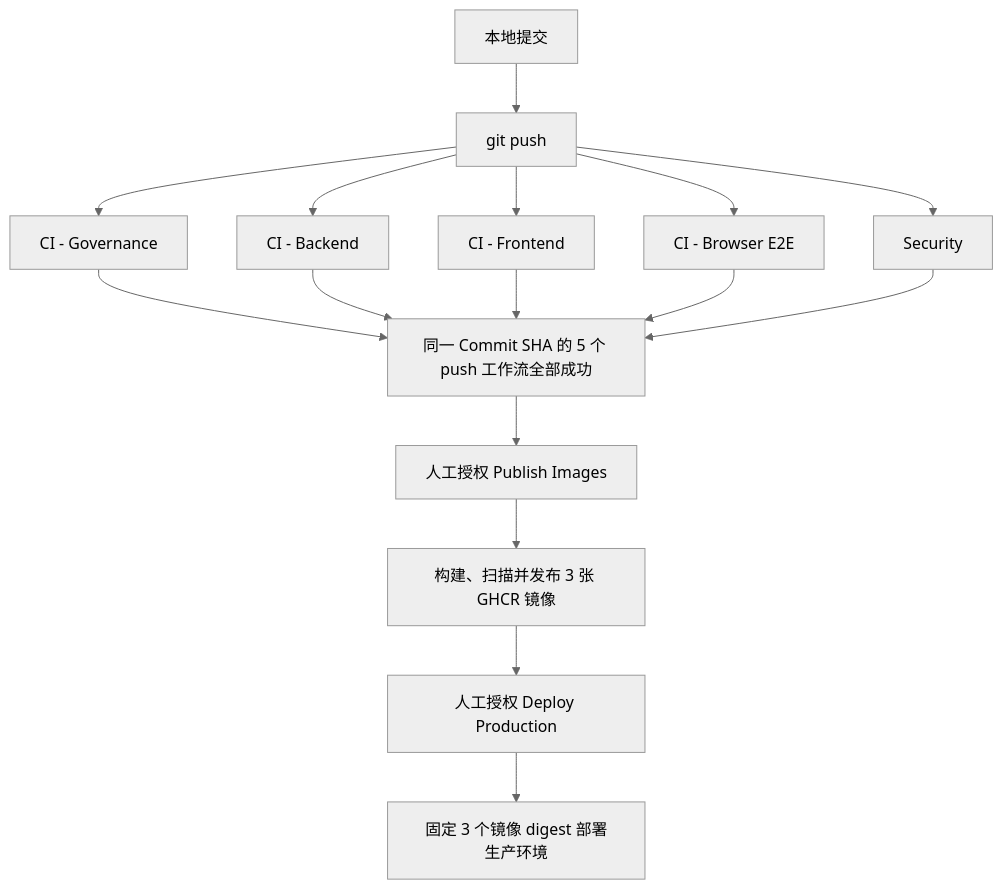
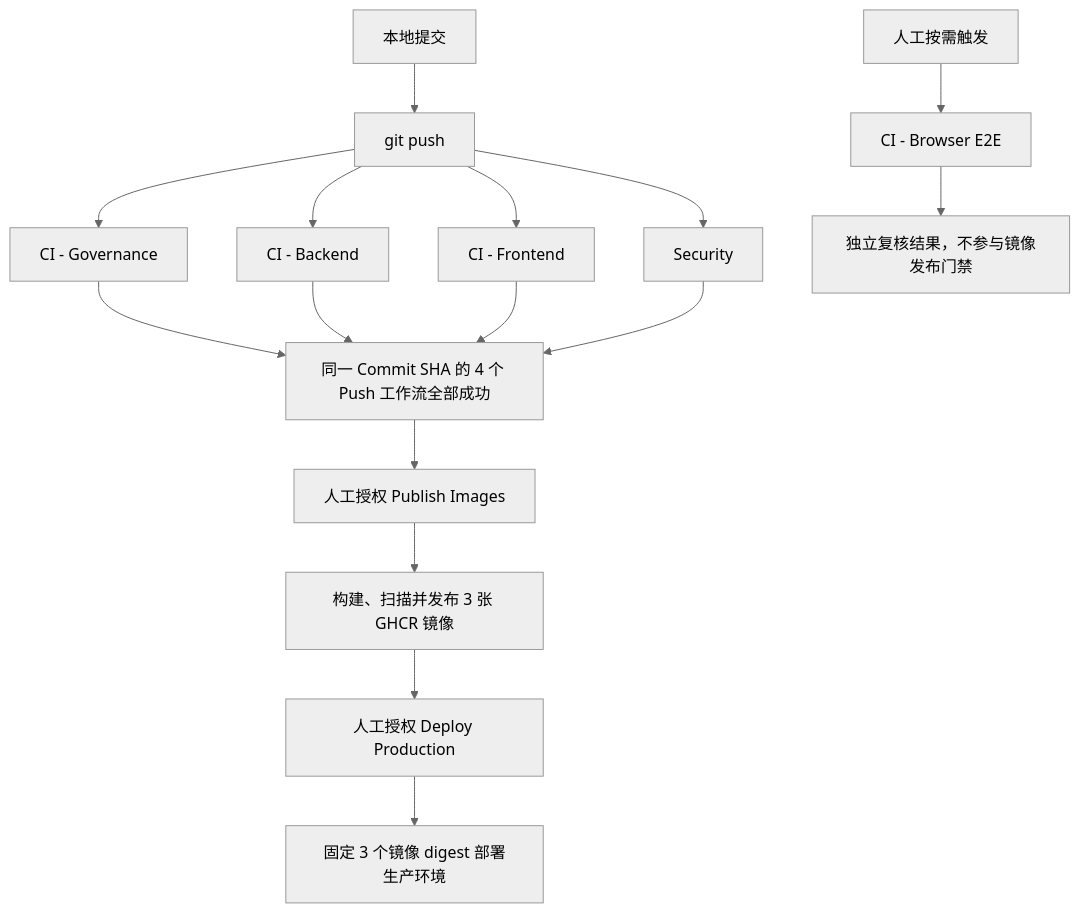
The diagram in docs/operations/github-actions-workflows.md (jinmozhe/pinjie-fullstack-base), drawn with Mermaid (neutral theme) before and after one commit. The commit also changed other lines of this file and 7 other files, not shown here.

````diff
--- a/docs/operations/github-actions-workflows.md
+++ b/docs/operations/github-actions-workflows.md
@@ -23,18 +23,18 @@
 ```mermaid
 flowchart TD
     A["本地提交"] --> B["git push"]
     B --> C["CI - Governance"]
     B --> D["CI - Backend"]
     B --> E["CI - Frontend"]
-    B --> F["CI - Browser E2E"]
     B --> G["Security"]
-    C --> H["同一 Commit SHA 的 5 个 push 工作流全部成功"]
+    C --> H["同一 Commit SHA 的 4 个 Push 工作流全部成功"]
     D --> H
     E --> H
-    F --> H
     G --> H
     H --> I["人工授权 Publish Images"]
     I --> J["构建、扫描并发布 3 张 GHCR 镜像"]
     J --> K["人工授权 Deploy Production"]
     K --> L["固定 3 个镜像 digest 部署生产环境"]
+    M["人工按需触发"] --> F["CI - Browser E2E"]
+    F --> N["独立复核结果，不参与镜像发布门禁"]
 ```
````
